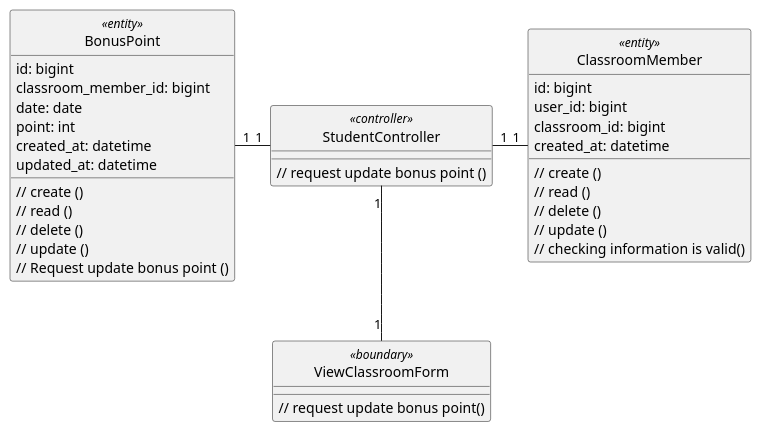
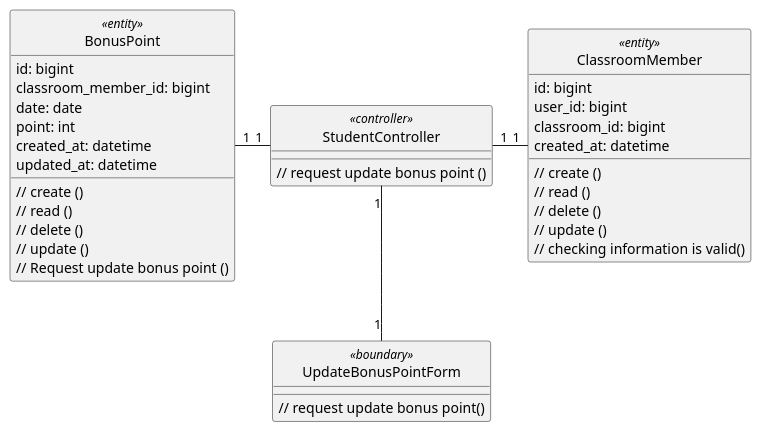
Before and after one commit to anonyhostvn/OOAD-Diagram: the diagram in class - analysis/rollcall/updateBonusPoint.plantuml, drawn with PlantUML. The commit also changed 8 other files, not shown here.

Commit message:
sequence comment

```diff
--- a/class - analysis/rollcall/updateBonusPoint.plantuml
+++ b/class - analysis/rollcall/updateBonusPoint.plantuml
@@ -1,49 +1,49 @@
-@startuml updateClass
+@startuml updateBonusPoint
 
 class BonusPoint <<entity>> {
     id: bigint
     classroom_member_id: bigint
     date: date
     point: int
     created_at: datetime
     updated_at: datetime
 
     // create ()
     // read ()
     // delete ()
     // update ()
     // Request update bonus point ()
 }
 
 class ClassroomMember <<entity>> {
     id: bigint
     user_id: bigint
     classroom_id: bigint
     created_at: datetime
 
     // create ()
     // read ()
     // delete ()
     // update ()
     // checking information is valid()
 }
 
-class ViewClassroomForm <<boundary>> {
+class UpdateBonusPointForm <<boundary>> {
     // request update bonus point()
 }
 
 class StudentController <<controller>> {
     // request update bonus point ()
 }
 
 hide BonusPoint <<entity>> circle
-hide ViewClassroomForm <<boundary>> circle
+hide UpdateBonusPointForm <<boundary>> circle
 hide StudentController <<controller>> circle
 
 StudentController "1" -left- "1" BonusPoint
 StudentController "1" -right- "1" ClassroomMember
-StudentController "1" -down- "1" ViewClassroomForm
+StudentController "1" -down- "1" UpdateBonusPointForm
 
 
 
 @enduml
```
